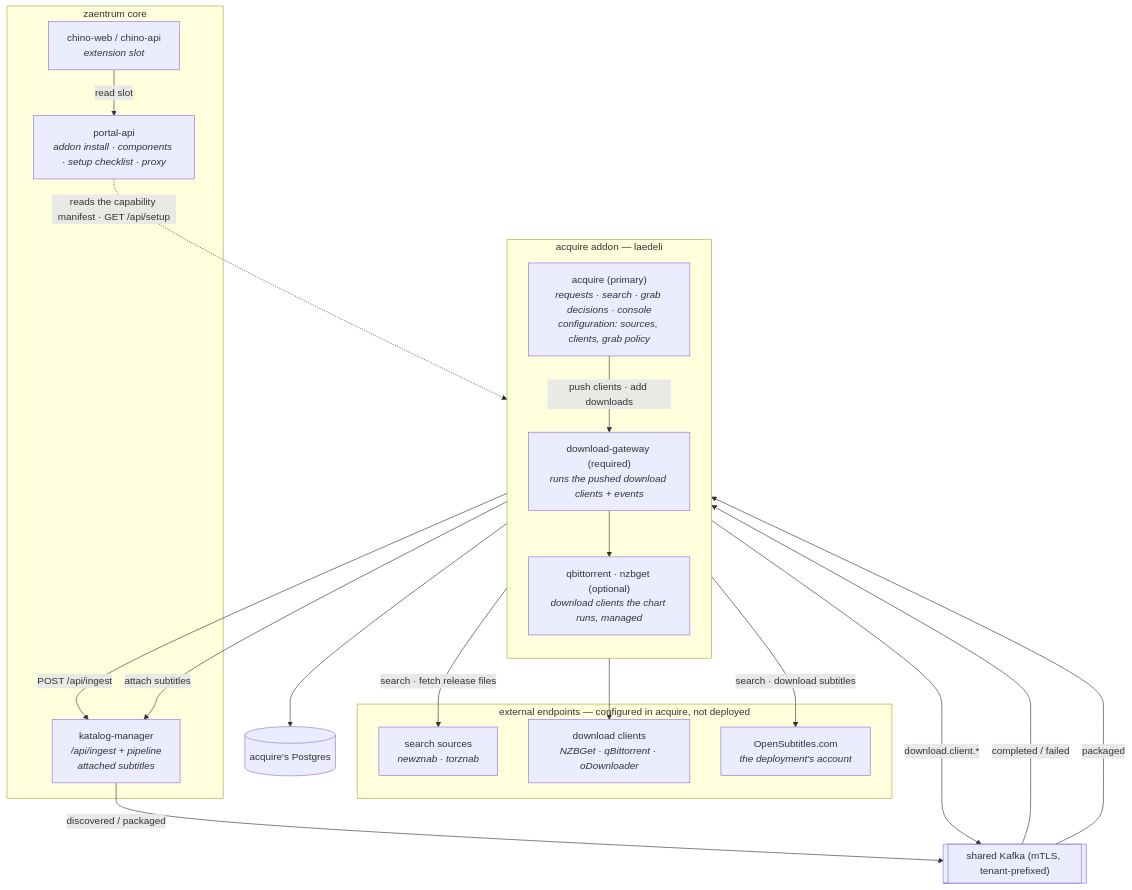
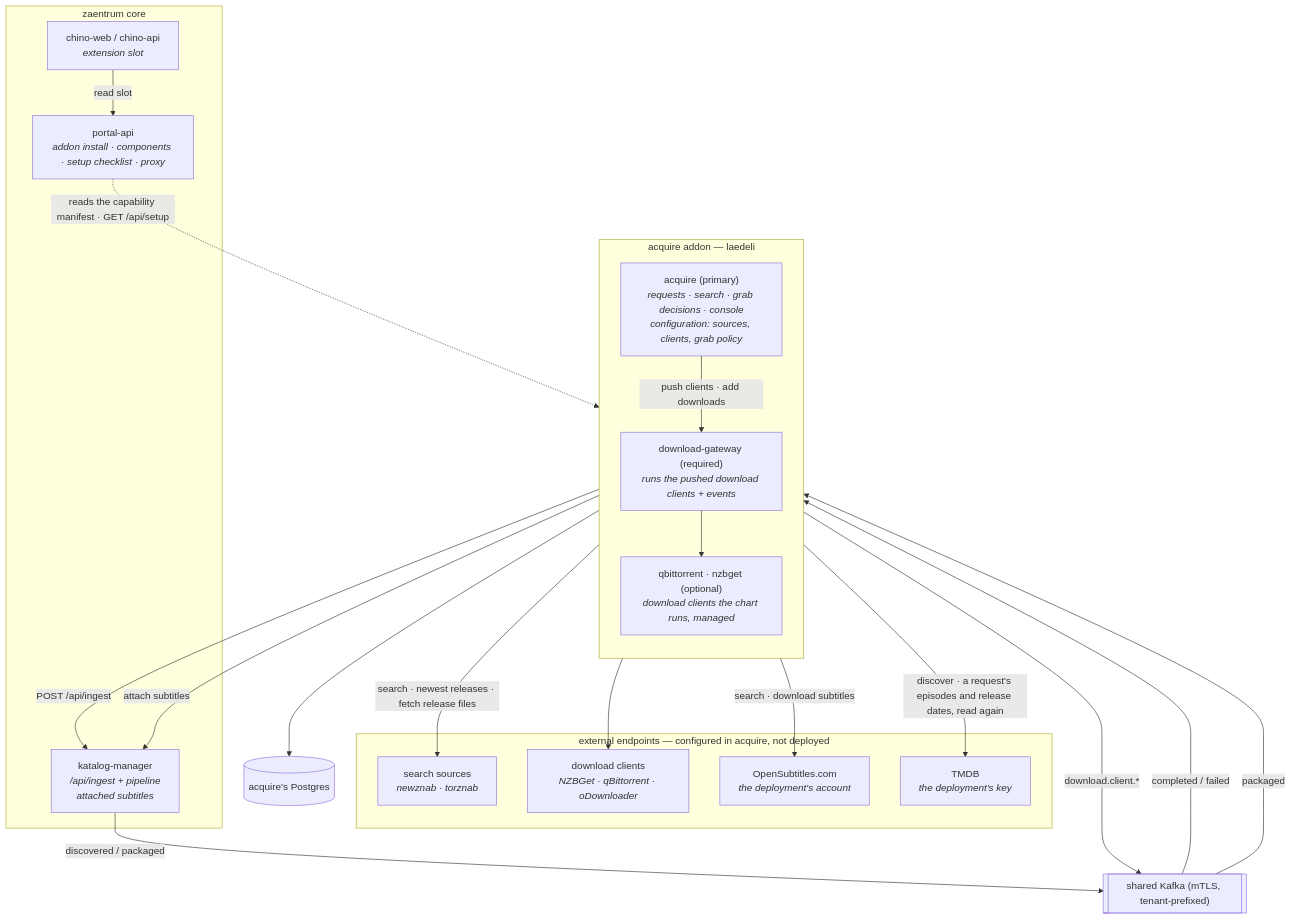
The second of 2 diagrams in docs/architecture.md (laedeli/acquire), drawn with Mermaid before and after one commit. The commit also changed 5 other files, not shown here.

Commit message:
docs: a request that follows its title, TMDB read again, the sources' newest releases, what is grabbed on its own, the schedules, the settings and the API; the upgrade to 0.6.0

````diff
--- a/docs/architecture.md
+++ b/docs/architecture.md
@@ -162,36 +162,38 @@
 ```mermaid
 flowchart TB
     subgraph addon["acquire addon — laedeli"]
         direction TB
         ACQ["acquire (primary)<br/><i>requests · search · grab decisions · console<br/>configuration: sources, clients, grab policy</i>"]
         GW["download-gateway (required)<br/><i>runs the pushed download clients + events</i>"]
         MDC["qbittorrent · nzbget (optional)<br/><i>download clients the chart runs, managed</i>"]
     end
     subgraph external["external endpoints — configured in acquire, not deployed"]
         SRC["search sources<br/><i>newznab · torznab</i>"]
         DC["download clients<br/><i>NZBGet · qBittorrent · oDownloader</i>"]
         OS["OpenSubtitles.com<br/><i>the deployment's account</i>"]
+        TM["TMDB<br/><i>the deployment's key</i>"]
     end
     subgraph coreapp["zaentrum core"]
         POR["portal-api<br/><i>addon install · components · setup checklist · proxy</i>"]
         WEB["chino-web / chino-api<br/><i>extension slot</i>"]
         KMG["katalog-manager<br/><i>/api/ingest + pipeline<br/>attached subtitles</i>"]
     end
     DB[("acquire's Postgres")]
     BUS[["shared Kafka (mTLS, tenant-prefixed)"]]
 
     POR -.->|"reads the capability manifest · GET /api/setup"| ACQ
     WEB -->|"read slot"| POR
     ACQ --> DB
-    ACQ -->|"search · fetch release files"| SRC
+    ACQ -->|"search · newest releases · fetch release files"| SRC
+    ACQ -->|"discover · a request's episodes and release dates, read again"| TM
     ACQ -->|"push clients · add downloads"| GW
     GW --> DC
     GW --> MDC
     GW -->|"download.client.*"| BUS
     BUS -->|"completed / failed"| ACQ
     ACQ -->|"POST /api/ingest"| KMG
     ACQ -->|"search · download subtitles"| OS
     ACQ -->|"attach subtitles"| KMG
     KMG -->|"discovered / packaged"| BUS
     BUS -->|"packaged"| ACQ
 ```
````
